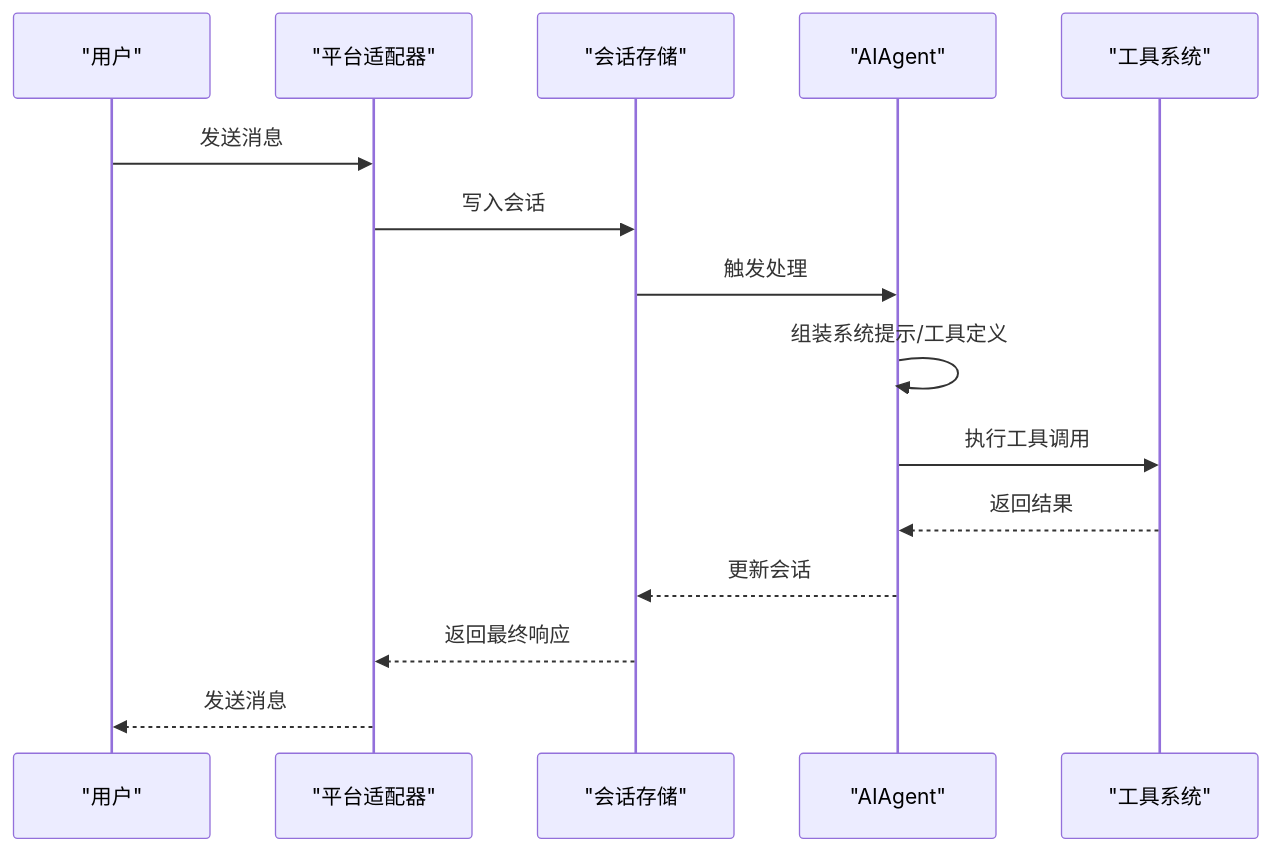
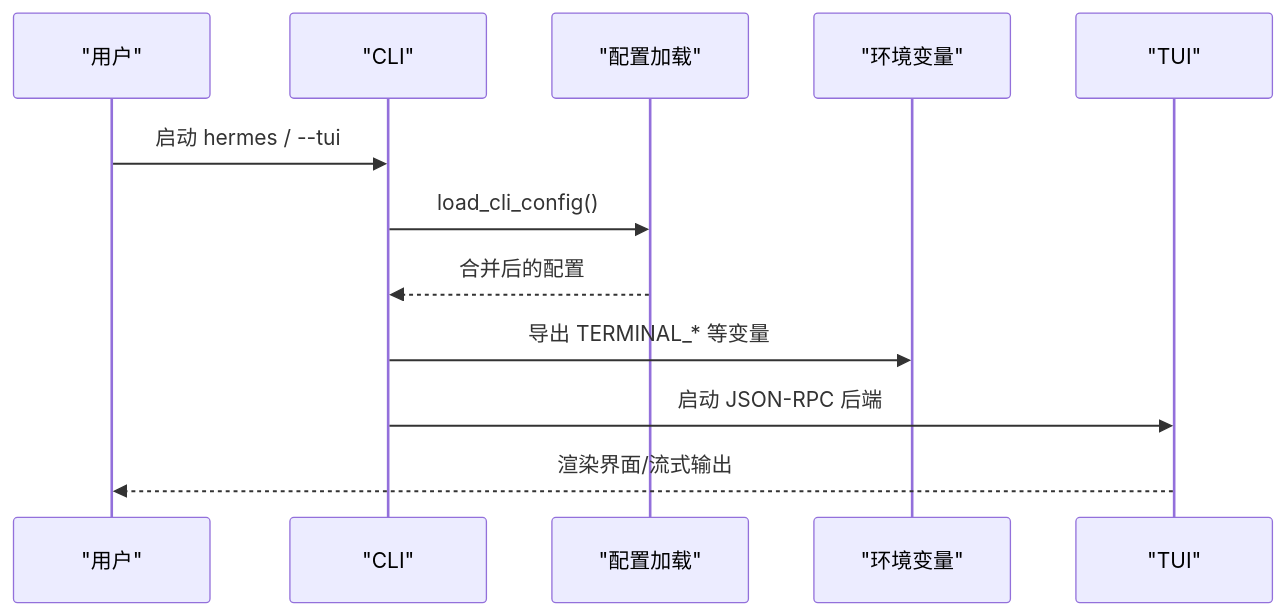
One commit to haolange/hermes-agent changed the fifth of 7 diagrams in .qoder/repowiki/zh/content/项目概述/项目概述.md. Above: the diagram before and after it, drawn with Mermaid. The commit also changed other lines of this file and 1206 other files, not shown here.

````diff
--- a/.qoder/repowiki/zh/content/项目概述/项目概述.md
+++ b/.qoder/repowiki/zh/content/项目概述/项目概述.md
@@ -173,17 +184,14 @@
 ```mermaid
 sequenceDiagram
 participant User as "用户"
-participant Adapter as "平台适配器"
-participant Store as "会话存储"
-participant Agent as "AIAgent"
-participant Tools as "工具系统"
-User->>Adapter : 发送消息
-Adapter->>Store : 写入会话
-Store->>Agent : 触发处理
-Agent->>Agent : 组装系统提示/工具定义
-Agent->>Tools : 执行工具调用
-Tools-->>Agent : 返回结果
-Agent-->>Store : 更新会话
-Store-->>Adapter : 返回最终响应
-Adapter-->>User : 发送消息
+participant CLI as "CLI"
+participant CFG as "配置加载"
+participant ENV as "环境变量"
+participant TUI as "TUI"
+User->>CLI : 启动 hermes / --tui
+CLI->>CFG : load_cli_config()
+CFG-->>CLI : 合并后的配置
+CLI->>ENV : 导出 TERMINAL_* 等变量
+CLI->>TUI : 启动 JSON-RPC 后端
+TUI-->>User : 渲染界面/流式输出
 ```
````
